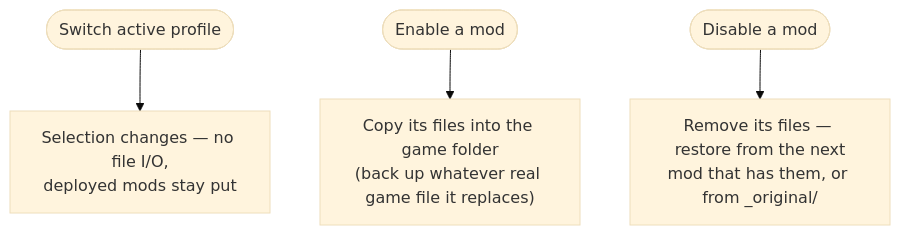
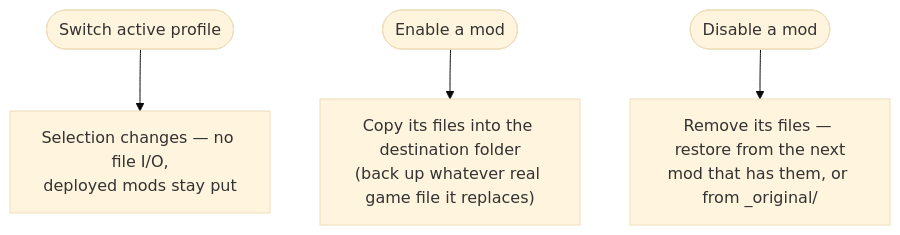
The first of 3 diagrams in frontend/assets/docs/en/how-it-works/profiles-activation.md (FreeProject089/BetterModsManager), drawn with Mermaid (base theme) before and after one commit. The commit also changed other lines of this file and 37 other files, not shown here.

````diff
--- a/frontend/assets/docs/en/how-it-works/profiles-activation.md
+++ b/frontend/assets/docs/en/how-it-works/profiles-activation.md
@@ -36,6 +36,6 @@
 ```mermaid
 flowchart TB
     SW([Switch active profile]) --> PTR["Selection changes — no file I/O,<br/>deployed mods stay put"]
-    EN([Enable a mod]) --> DEPLOY["Copy its files into the game folder<br/>(back up whatever real game file it replaces)"]
+    EN([Enable a mod]) --> DEPLOY["Copy its files into the destination folder<br/>(back up whatever real game file it replaces)"]
     DIS([Disable a mod]) --> REMOVE["Remove its files — restore from the next<br/>mod that has them, or from _original/"]
 ```
````
